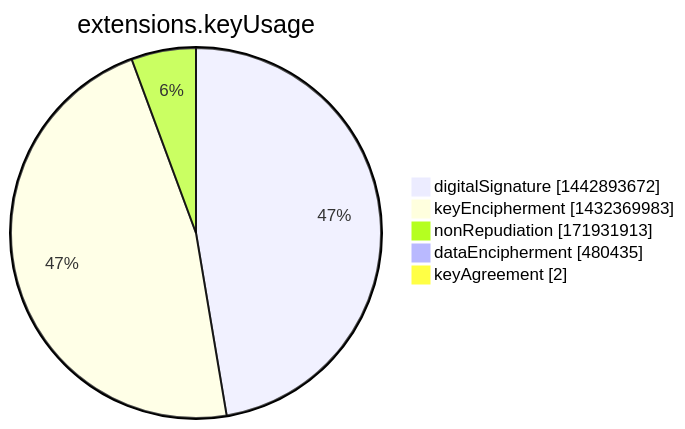
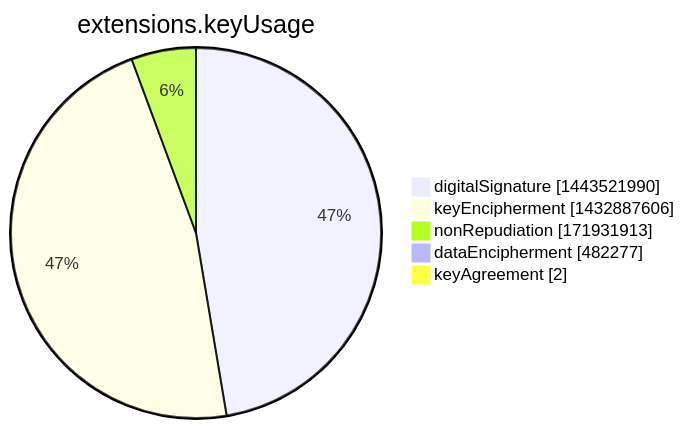
Before and after one commit to christiankrug/ctmonitor_visualization: the seventh of 15 diagrams in argon2022/README.md, drawn with Mermaid. The commit also changed other lines of this file, not shown here.

````diff
--- a/argon2022/README.md
+++ b/argon2022/README.md
@@ -2751,9 +2751,9 @@
 ```mermaid
 pie showData
 title extensions.keyUsage
-"digitalSignature" :1442893672
-"keyEncipherment" :1432369983
+"digitalSignature" :1443521990
+"keyEncipherment" :1432887606
 "nonRepudiation" :171931913
-"dataEncipherment" :480435
+"dataEncipherment" :482277
 "keyAgreement" :2
 ```
````
